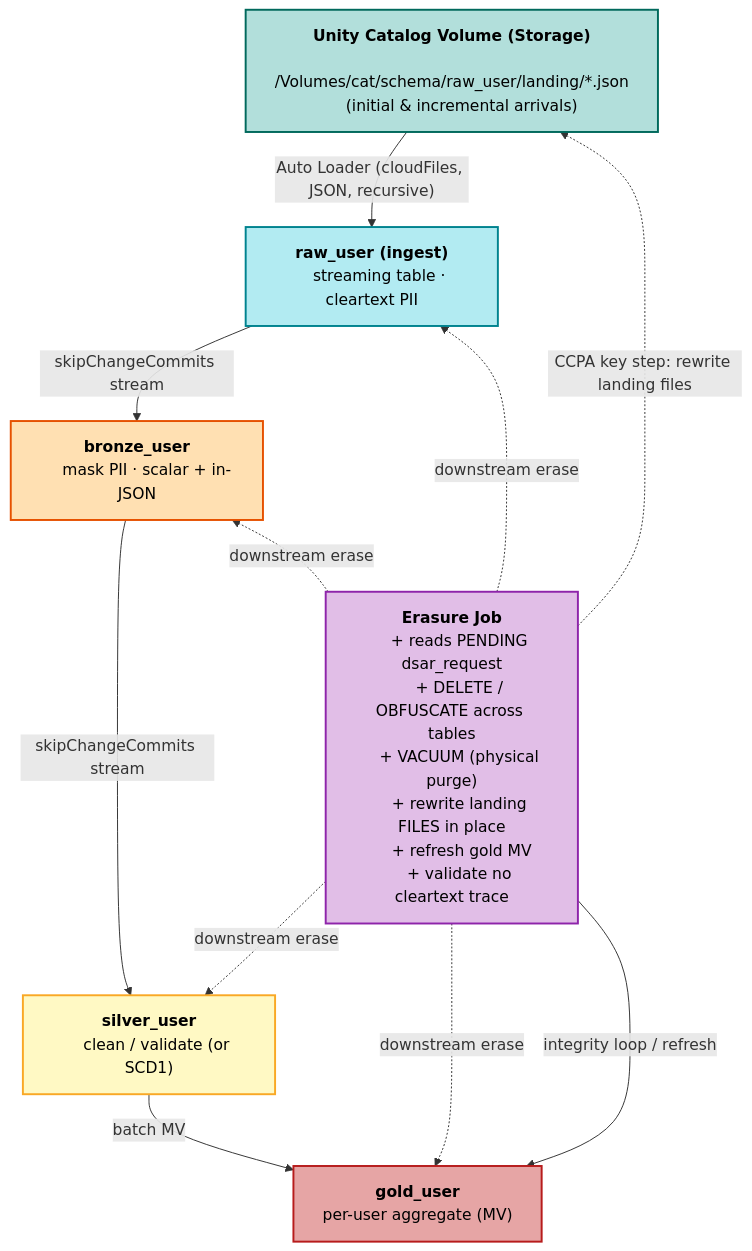
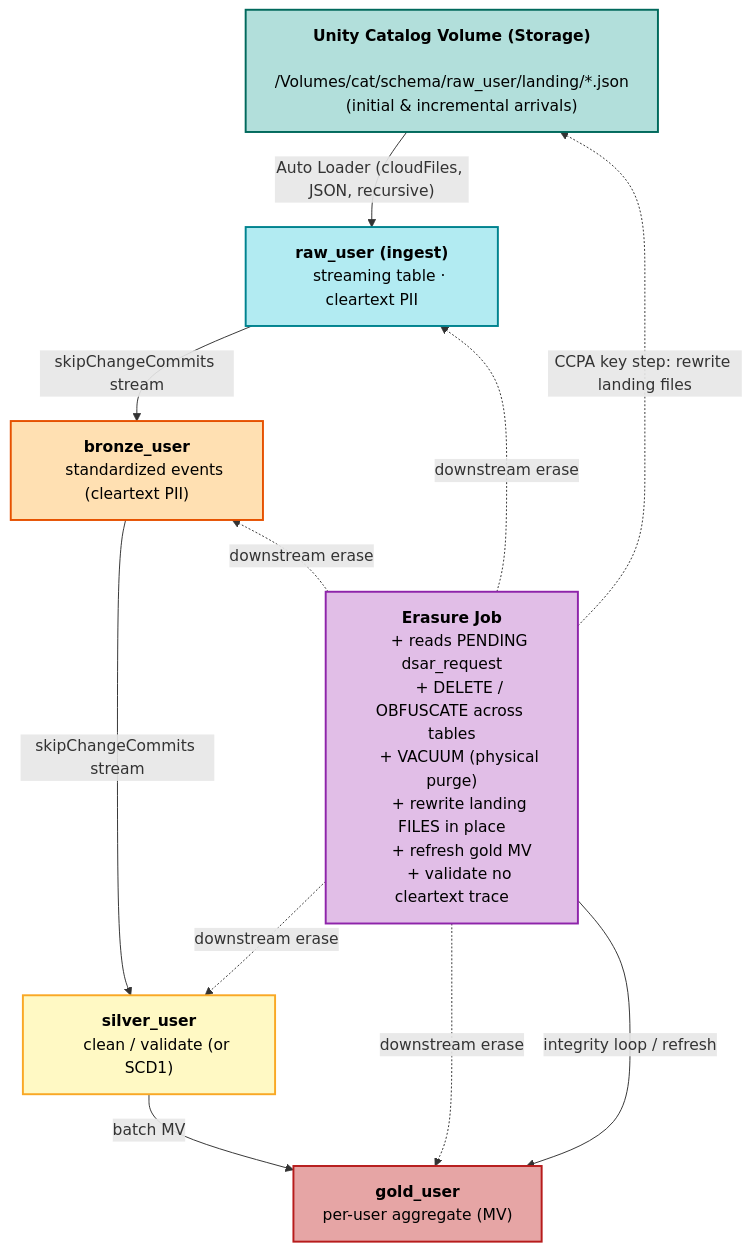
Before and after one commit to dipankarkush-db/allegiantair: the diagram in allegiant-json-pii-masking/dsar_erasure/sdp_integration/architecture.mmd, drawn with Mermaid. The commit also changed 7 other files, not shown here.

```diff
--- a/allegiant-json-pii-masking/dsar_erasure/sdp_integration/architecture.mmd
+++ b/allegiant-json-pii-masking/dsar_erasure/sdp_integration/architecture.mmd
@@ -1,39 +1,39 @@
 flowchart TB
     classDef storage fill:#b2dfdb,stroke:#00695c,stroke-width:2px,color:#000
     classDef raw fill:#b2ebf2,stroke:#00838f,stroke-width:2px,color:#000
     classDef bronze fill:#ffe0b2,stroke:#e65100,stroke-width:2px,color:#000
     classDef silver fill:#fff9c4,stroke:#f9a825,stroke-width:2px,color:#000
     classDef gold fill:#e6a5a5,stroke:#b71c1c,stroke-width:2px,color:#000
     classDef erasure fill:#e1bee7,stroke:#8e24aa,stroke-width:2px,color:#000
 
     UCV["<b>Unity Catalog Volume (Storage)</b>
     /Volumes/cat/schema/raw_user/landing/*.json
     (initial & incremental arrivals)"]:::storage
     Raw["<b>raw_user (ingest)</b>
     streaming table · cleartext PII"]:::raw
     Bronze["<b>bronze_user</b>
-    mask PII · scalar + in-JSON"]:::bronze
+    standardized events (cleartext PII)"]:::bronze
     Silver["<b>silver_user</b>
     clean / validate (or SCD1)"]:::silver
     Gold["<b>gold_user</b>
     per-user aggregate (MV)"]:::gold
     Erasure["<b>Erasure Job</b>
     + reads PENDING dsar_request
     + DELETE / OBFUSCATE across tables
     + VACUUM (physical purge)
     + rewrite landing FILES in place
     + refresh gold MV
     + validate no cleartext trace"]:::erasure
 
     UCV -->|"Auto Loader (cloudFiles, JSON, recursive)"| Raw
     Raw -->|"skipChangeCommits stream"| Bronze
     Bronze -->|"skipChangeCommits stream"| Silver
     Silver -->|"batch MV"| Gold
 
     Bronze ~~~ Erasure
     Erasure -.->|"downstream erase"| Raw
     Erasure -.->|"downstream erase"| Bronze
     Erasure -.->|"downstream erase"| Silver
     Erasure -.->|"downstream erase"| Gold
     Erasure -->|"integrity loop / refresh"| Gold
     Erasure -.->|"CCPA key step: rewrite landing files"| UCV
```
